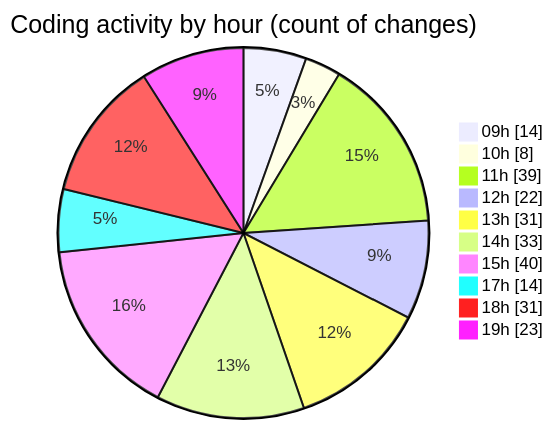
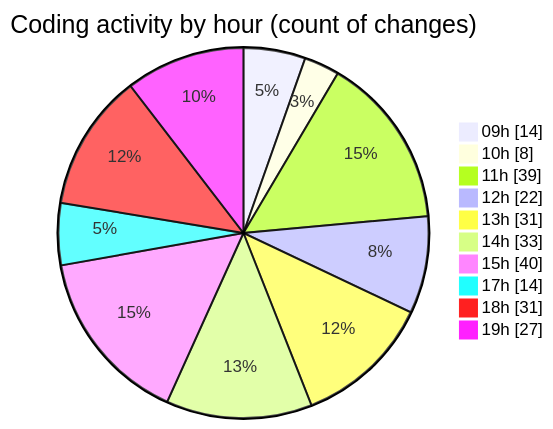
One commit to momahboobian/code-tracking changed the second of 2 diagrams in 2025-02-07/cda/README.md. Above: the diagram before and after it, drawn with Mermaid. The commit also changed other lines of this file and 1 other file, not shown here.

````diff
--- a/2025-02-07/cda/README.md
+++ b/2025-02-07/cda/README.md
@@ -70,14 +70,14 @@
 ```mermaid
 pie showData
 title Coding activity by hour (count of changes)
 "09h" : 14
 "10h" : 8
 "11h" : 39
 "12h" : 22
 "13h" : 31
 "14h" : 33
 "15h" : 40
 "17h" : 14
 "18h" : 31
-"19h" : 23
+"19h" : 27
 ```
````
